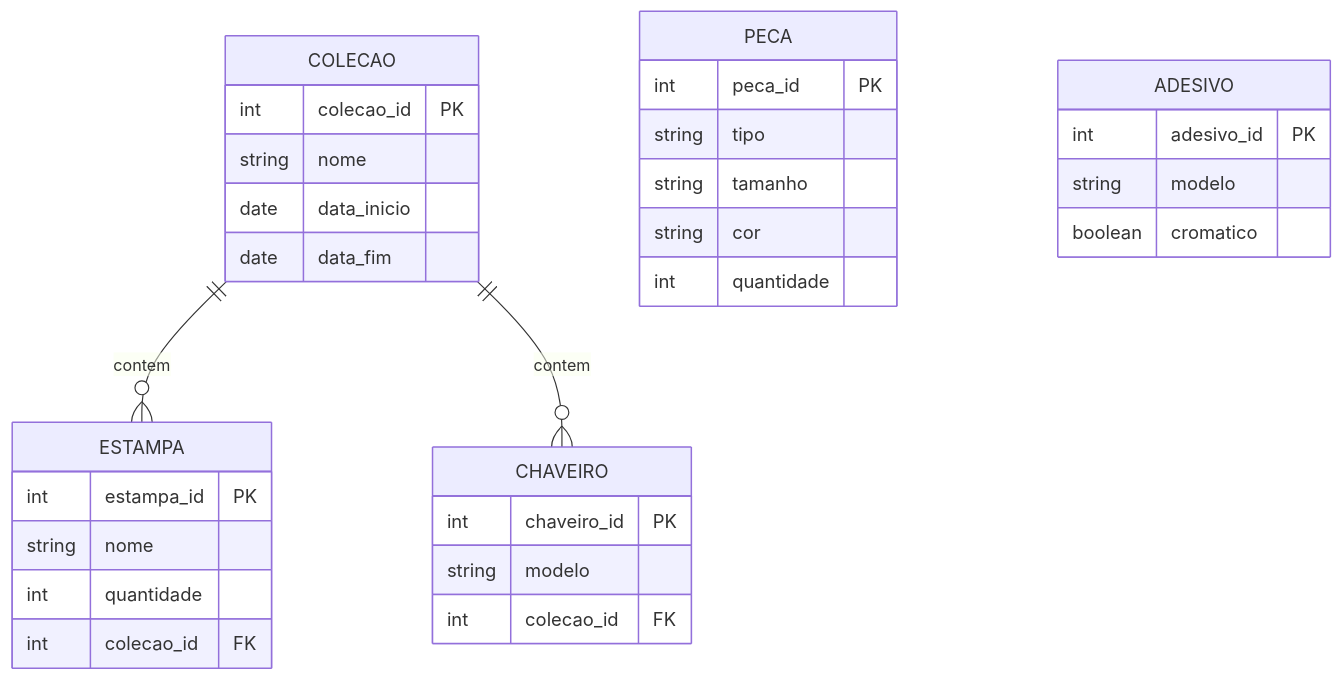
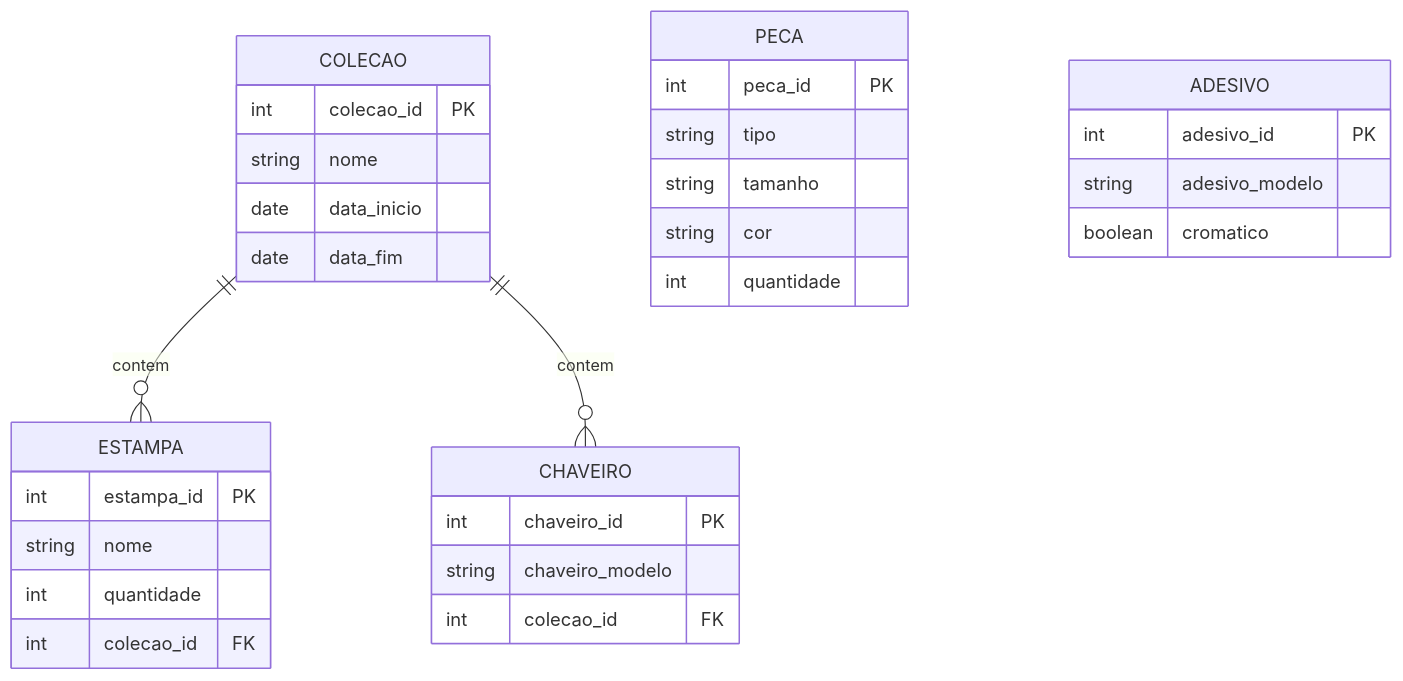
The diagram in artefatos/diagramas/ModeloER.mmd (FeltrinLM/Journey_Back-end), drawn with Mermaid before and after one commit. The commit also changed 7 other files, not shown here.

```diff
--- a/artefatos/diagramas/ModeloER.mmd
+++ b/artefatos/diagramas/ModeloER.mmd
@@ -1,38 +1,38 @@
 erDiagram
     COLECAO ||--o{ ESTAMPA : contem
     COLECAO ||--o{ CHAVEIRO : contem
 
     COLECAO {
         int colecao_id PK
         string nome
         date data_inicio
         date data_fim
     }
 
     ESTAMPA {
         int estampa_id PK
         string nome
         int quantidade
         int colecao_id FK
     }
 
     PECA {
         int peca_id PK
         string tipo
         string tamanho
         string cor
         int quantidade
     }
 
 
     ADESIVO{
         int adesivo_id PK
-        string modelo
+        string adesivo_modelo
         boolean cromatico
     }
 
     CHAVEIRO{
         int chaveiro_id PK
-        string modelo
+        string chaveiro_modelo
         int colecao_id FK
     }
```
